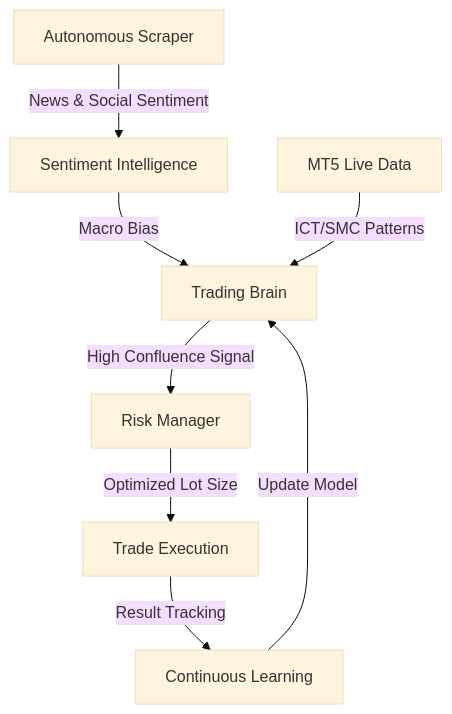
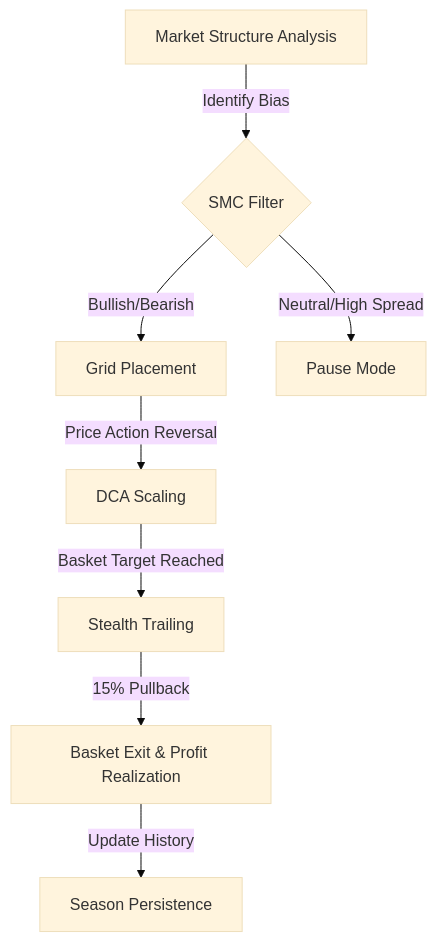
The diagram in README.md (aleemshahad/NEXT-LEVEL-TRADING-SYSTEM), drawn with Mermaid (base theme) before and after one commit. The commit also changed other lines of this file, not shown here.

Commit message:
docs: Update README for v2.0, detailing new hybrid SMC-Grid strategy, performance upgrades, dashboard features, and educational disclaimer.

````diff
--- a/README.md
+++ b/README.md
@@ -73,10 +57,10 @@
 ```mermaid
 graph TD
-    A[Autonomous Scraper] -->|News & Social Sentiment| B[Sentiment Intelligence]
-    B -->|Macro Bias| C[Trading Brain]
-    D[MT5 Live Data] -->|ICT/SMC Patterns| C
-    C -->|High Confluence Signal| E[Risk Manager]
-    E -->|Optimized Lot Size| F[Trade Execution]
-    F -->|Result Tracking| G[Continuous Learning]
-    G -->|Update Model| C
+    A[Market Structure Analysis] -->|Identify Bias| B{SMC Filter}
+    B -->|Bullish/Bearish| C[Grid Placement]
+    B -->|Neutral/High Spread| D[Pause Mode]
+    C -->|Price Action Reversal| E[DCA Scaling]
+    E -->|Basket Target Reached| F[Stealth Trailing]
+    F -->|15% Pullback| G[Basket Exit & Profit Realization]
+    G -->|Update History| H[Season Persistence]
 ```
````
